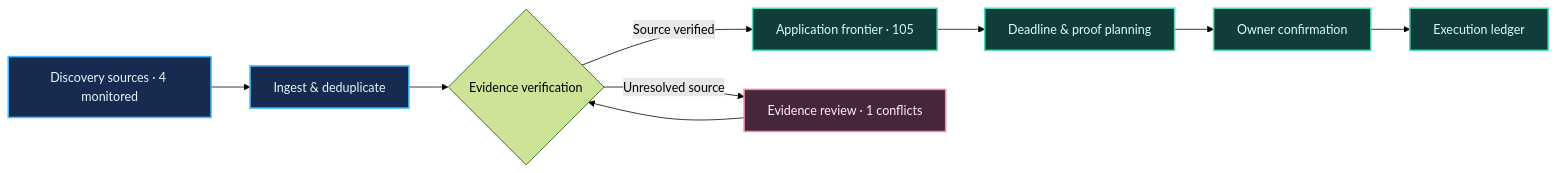
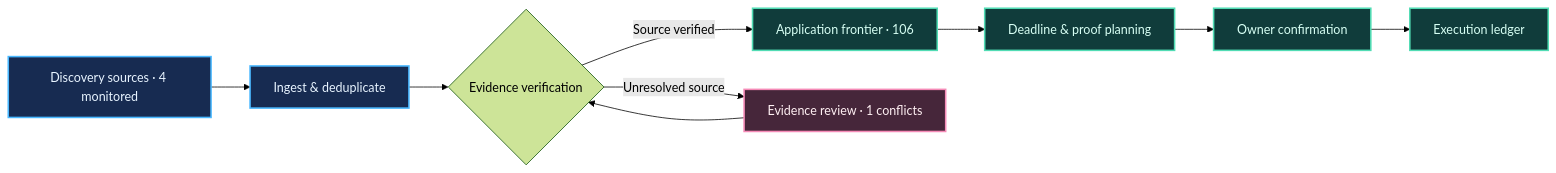
One commit to Armanasq/phd_tracker changed the diagram in docs/diagrams/pipeline.mmd. Above: the diagram before and after it, drawn with Mermaid (forest theme). The commit also changed 29 other files, not shown here.

```diff
--- a/docs/diagrams/pipeline.mmd
+++ b/docs/diagrams/pipeline.mmd
@@ -1,15 +1,15 @@
 flowchart LR
     A["Discovery sources · 4 monitored"] --> B["Ingest & deduplicate"]
     B --> C{"Evidence verification"}
-    C -->|"Source verified"| D["Application frontier · 105"]
+    C -->|"Source verified"| D["Application frontier · 106"]
     C -->|"Unresolved source"| E["Evidence review · 1 conflicts"]
     E --> C
     D --> F["Deadline & proof planning"]
     F --> G["Owner confirmation"]
     G --> H["Execution ledger"]
     classDef source fill:#172b51,color:#e8f4ff,stroke:#49b8ff,stroke-width:2px
     classDef verified fill:#103c3b,color:#d7fff4,stroke:#51dcb4,stroke-width:2px
     classDef attention fill:#46263a,color:#fff0f3,stroke:#f58bb7,stroke-width:2px
     class A,B source
     class D,F,G,H verified
     class E attention
```
